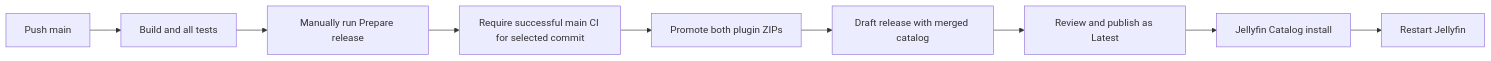
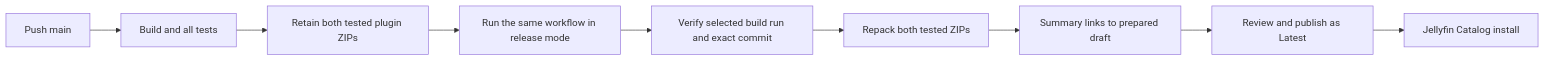
One commit to Heehaaw/jellyfin-plugin-transmission-streaming changed the diagram in doc/installation.md. Above: the diagram before and after it, drawn with Mermaid. The commit also changed other lines of this file and 6 other files, not shown here.

First line of the commit message:
fix(ci): prepare releases from verified builds in one workflow

````diff
--- a/doc/installation.md
+++ b/doc/installation.md
@@ -50,11 +50,11 @@
 ```mermaid
 flowchart LR
     P[Push main] --> C[Build and all tests]
-    C --> D[Manually run Prepare release]
-    D --> V[Require successful main CI for selected commit]
-    V --> Z[Promote both plugin ZIPs]
-    Z --> R[Draft release with merged catalog]
+    C --> A[Retain both tested plugin ZIPs]
+    A --> D[Run the same workflow in release mode]
+    D --> V[Verify selected build run and exact commit]
+    V --> Z[Repack both tested ZIPs]
+    Z --> R[Summary links to prepared draft]
     R --> U[Review and publish as Latest]
     U --> J[Jellyfin Catalog install]
-    J --> S[Restart Jellyfin]
 ```
````
